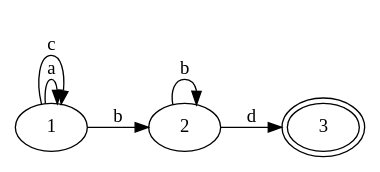
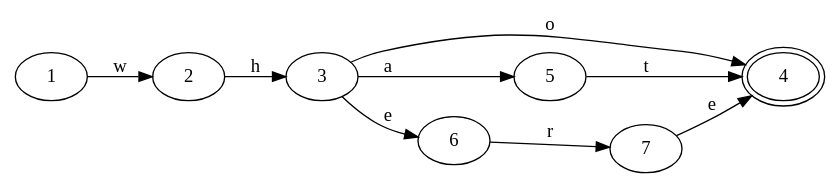
Before and after one commit to JuanZoran/Principle-of-compilation-from-scratch: the third of 3 diagrams in lua_demo/README.md, drawn with Graphviz. The commit also changed other lines of this file and 1 other file, not shown here.

````diff
--- a/lua_demo/README.md
+++ b/lua_demo/README.md
@@ -61,11 +69,14 @@
 ```dot
 digraph {
 rankdir = LR
-3 [peripheries=2]
-1 -> 2 [label="b"]
-1 -> 1 [label="a"]
-1 -> 1 [label="c"]
-2 -> 2 [label="b"]
-2 -> 3 [label="d"]
+4 [peripheries=2]
+1 -> 2 [label="w"]
+2 -> 3 [label="h"]
+3 -> 4 [label="o"]
+3 -> 5 [label="a"]
+3 -> 6 [label="e"]
+5 -> 4 [label="t"]
+6 -> 7 [label="r"]
+7 -> 4 [label="e"]
 }
 ```
````
